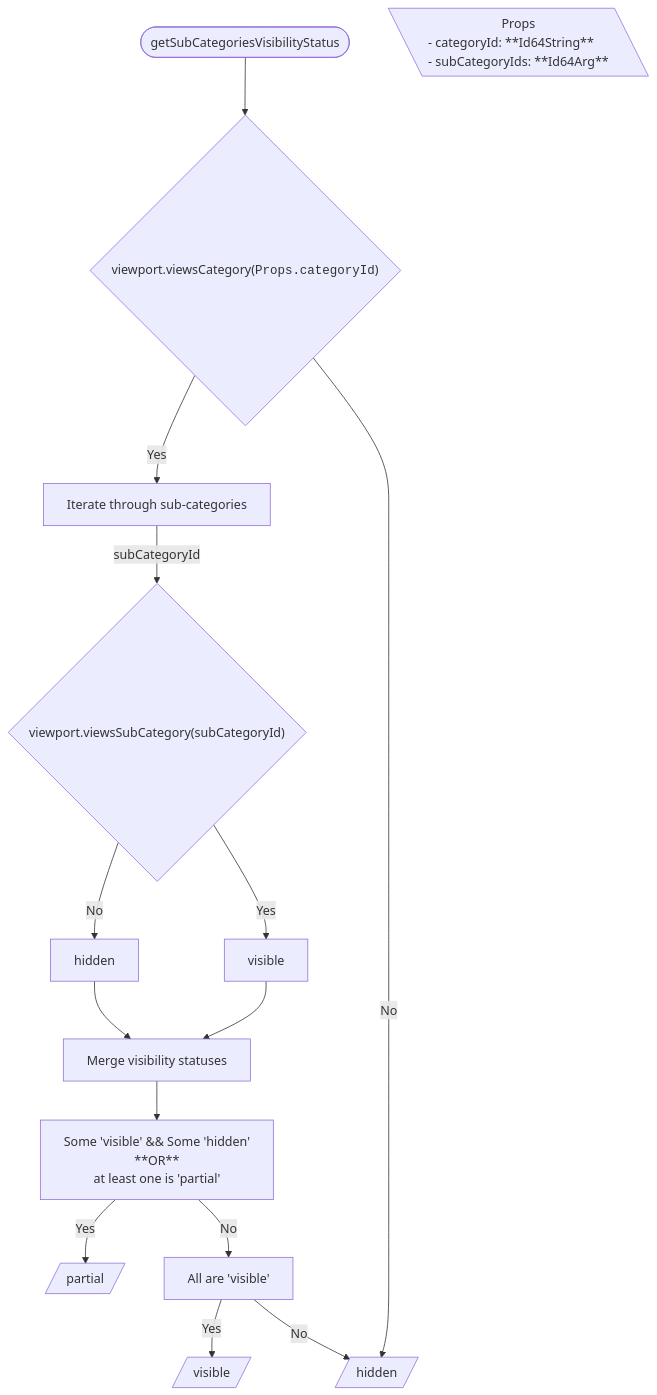
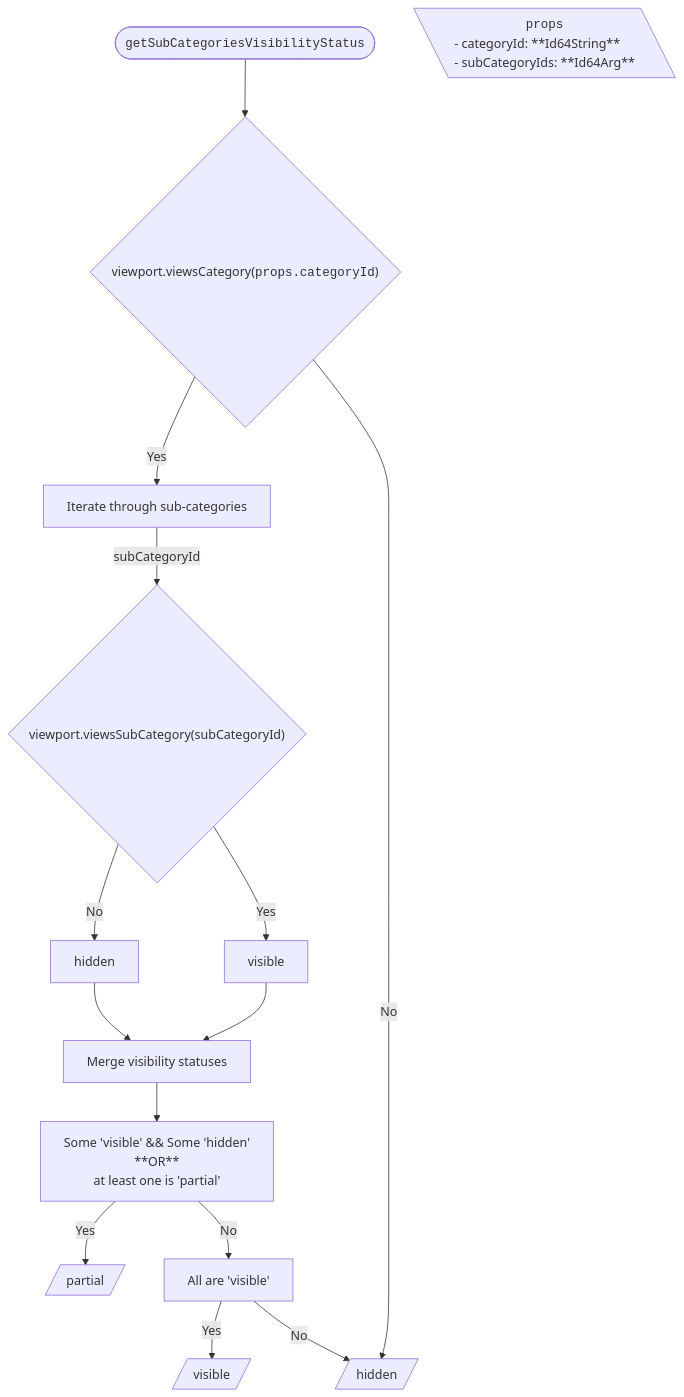
The first of 6 diagrams in packages/itwin/tree-widget/docs/SharedVisibilityHandling.md (iTwin/viewer-components-react), drawn with Mermaid before and after one commit. The commit also changed other lines of this file and 4 other files, not shown here.

````diff
--- a/packages/itwin/tree-widget/docs/SharedVisibilityHandling.md
+++ b/packages/itwin/tree-widget/docs/SharedVisibilityHandling.md
@@ -13,44 +23,44 @@
 ```mermaid
 ---
 config:
   flowchart:
     wrappingWidth: 750
     useMaxWidth: false
 ---
 
 flowchart TD
   RESULT_Partial[/partial/]
   RESULT_Visible[/visible/]
   RESULT_Hidden[/hidden/]
 
   %% Start
-  TITLE([getSubCategoriesVisibilityStatus]) --> A{"viewport.viewsCategory(<code>Props.categoryId</code>)"}
+  TITLE(["<code>getSubCategoriesVisibilityStatus</code>"]) --> A{"viewport.viewsCategory(<code>props.categoryId</code>)"}
 
   PROPS[\"
-    Props
+    <code>props</code>
     <div style='text-align: left;'>- categoryId: **Id64String** <br/> - subCategoryIds: **Id64Arg** </div>
   "\]
 
   %% Branch No
   A -- No --> RESULT_Hidden
 
   %% Branch Yes
   A -- Yes --> B["Iterate through sub-categories"]
   B -- subCategoryId --> C{"viewport.viewsSubCategory(subCategoryId)"}
   C -- Yes -->  D1[visible]
   C -- No -->  D2[hidden]
 
   %% Merge
   D1 --> M[Merge visibility statuses]
   D2 --> M
 
   M --> N[Some 'visible' && Some 'hidden' <br/> **OR** <br/> at least one is 'partial']
 
   %% Results
   N -- Yes --> RESULT_Partial
 
   N -- No --> O[All are 'visible']
 
   O -- Yes --> RESULT_Visible
   O -- No --> RESULT_Hidden
 ```
````
